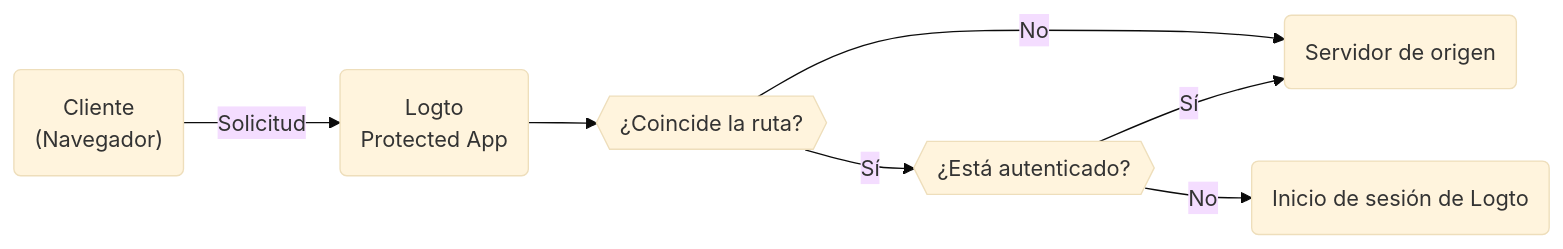
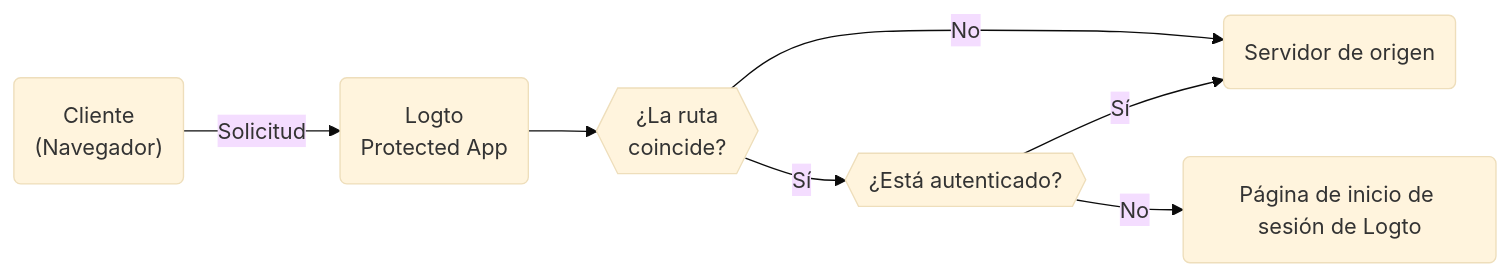
One commit to logto-io/docs changed the diagram in i18n/es/docusaurus-plugin-content-docs/current/integrate-logto/protected-app.mdx. Above: the diagram before and after it, drawn with Mermaid (base theme). The commit also changed other lines of this file and 53 other files, not shown here.

````diff
--- a/i18n/es/docusaurus-plugin-content-docs/current/integrate-logto/protected-app.mdx
+++ b/i18n/es/docusaurus-plugin-content-docs/current/integrate-logto/protected-app.mdx
@@ -19,9 +19,9 @@
 ```mermaid
 graph LR
   A("Cliente<br/>(Navegador)") -->|Solicitud| B(Logto<br/>Protected App)
-  B --> Condition{{¿Coincide la ruta?}}
+  B --> Condition{{¿La ruta<br/>coincide?}}
   Condition -->|Sí| Matched{{¿Está autenticado?}}
   Matched -->|Sí| C(Servidor de origen)
-  Matched -->|No| D(Inicio de sesión de Logto)
+  Matched -->|No| D(Página de inicio de sesión de Logto)
   Condition -->|No| C
 ```
````
